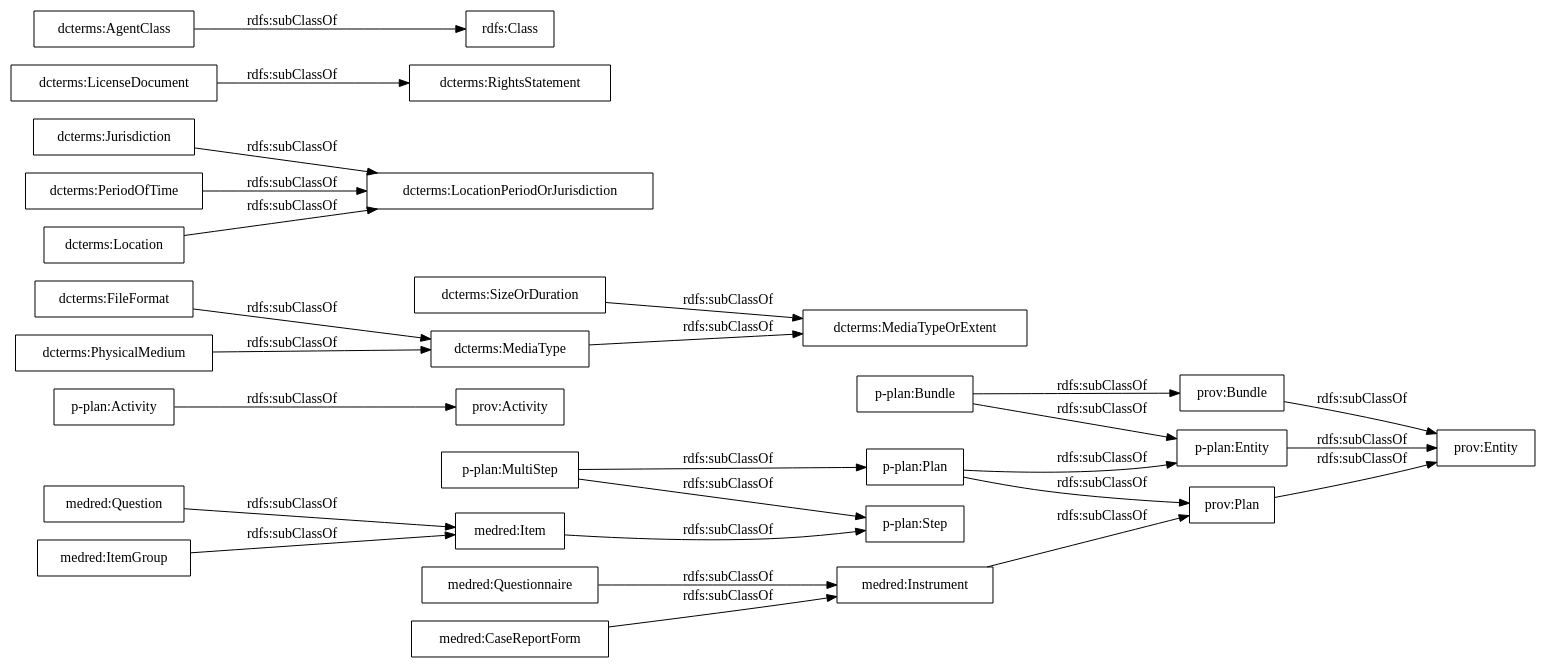
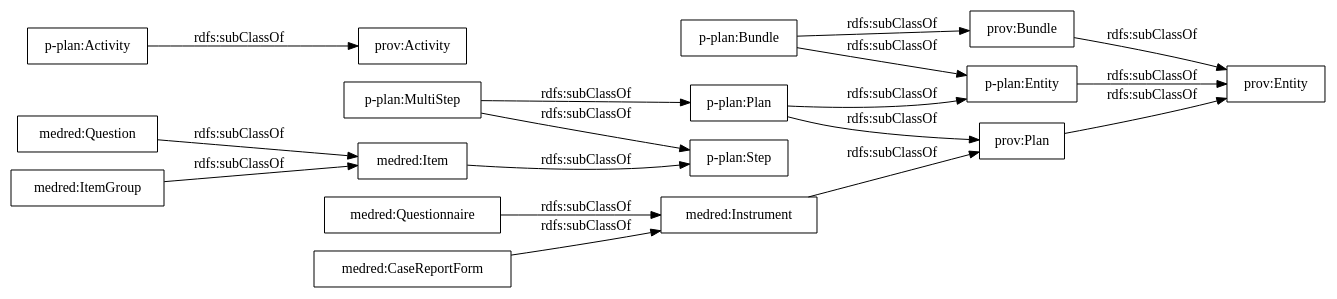
The diagram in OnToology/ontology/medred.owl/diagrams/ar2dtool-taxonomy/medred.owl.png.dot (OnToologyUser/medred), drawn with Graphviz before and after one commit. The commit also changed 8 other files, not shown here.

```diff
--- a/OnToology/ontology/medred.owl/diagrams/ar2dtool-taxonomy/medred.owl.png.dot
+++ b/OnToology/ontology/medred.owl/diagrams/ar2dtool-taxonomy/medred.owl.png.dot
@@ -1,31 +1,22 @@
 digraph ar2dtool_diagram { 
 rankdir=LR;
 size="1000"
 node [shape = rectangle, color="black"]; "medred:Questionnaire" "medred:Question" "medred:ItemGroup" "medred:Item" "medred:Instrument" "medred:CaseReportForm" "p-plan:MultiStep" "p-plan:Activity" "p-plan:Step" "p-plan:Entity" "p-plan:Bundle" "prov:Bundle" "prov:Entity" "p-plan:Plan" "prov:Plan" "prov:Activity" ; /*classes style*/
+	"medred:Questionnaire" -> "medred:Instrument" [ label = "rdfs:subClassOf" ];
+	"medred:Question" -> "medred:Item" [ label = "rdfs:subClassOf" ];
+	"medred:Item" -> "p-plan:Step" [ label = "rdfs:subClassOf" ];
+	"medred:ItemGroup" -> "medred:Item" [ label = "rdfs:subClassOf" ];
+	"p-plan:Entity" -> "prov:Entity" [ label = "rdfs:subClassOf" ];
 	"p-plan:Activity" -> "prov:Activity" [ label = "rdfs:subClassOf" ];
-	"p-plan:Entity" -> "prov:Entity" [ label = "rdfs:subClassOf" ];
-	"dcterms:SizeOrDuration" -> "dcterms:MediaTypeOrExtent" [ label = "rdfs:subClassOf" ];
-	"dcterms:Jurisdiction" -> "dcterms:LocationPeriodOrJurisdiction" [ label = "rdfs:subClassOf" ];
+	"medred:CaseReportForm" -> "medred:Instrument" [ label = "rdfs:subClassOf" ];
+	"prov:Bundle" -> "prov:Entity" [ label = "rdfs:subClassOf" ];
 	"prov:Plan" -> "prov:Entity" [ label = "rdfs:subClassOf" ];
-	"dcterms:PeriodOfTime" -> "dcterms:LocationPeriodOrJurisdiction" [ label = "rdfs:subClassOf" ];
-	"medred:CaseReportForm" -> "medred:Instrument" [ label = "rdfs:subClassOf" ];
-	"dcterms:FileFormat" -> "dcterms:MediaType" [ label = "rdfs:subClassOf" ];
-	"prov:Bundle" -> "prov:Entity" [ label = "rdfs:subClassOf" ];
-	"medred:ItemGroup" -> "medred:Item" [ label = "rdfs:subClassOf" ];
-	"dcterms:MediaType" -> "dcterms:MediaTypeOrExtent" [ label = "rdfs:subClassOf" ];
-	"dcterms:LicenseDocument" -> "dcterms:RightsStatement" [ label = "rdfs:subClassOf" ];
+	"p-plan:Plan" -> "prov:Plan" [ label = "rdfs:subClassOf" ];
+	"p-plan:Plan" -> "p-plan:Entity" [ label = "rdfs:subClassOf" ];
+	"medred:Instrument" -> "prov:Plan" [ label = "rdfs:subClassOf" ];
 	"p-plan:Bundle" -> "prov:Bundle" [ label = "rdfs:subClassOf" ];
 	"p-plan:Bundle" -> "p-plan:Entity" [ label = "rdfs:subClassOf" ];
-	"p-plan:Plan" -> "prov:Plan" [ label = "rdfs:subClassOf" ];
-	"p-plan:Plan" -> "p-plan:Entity" [ label = "rdfs:subClassOf" ];
 	"p-plan:MultiStep" -> "p-plan:Step" [ label = "rdfs:subClassOf" ];
 	"p-plan:MultiStep" -> "p-plan:Plan" [ label = "rdfs:subClassOf" ];
-	"dcterms:Location" -> "dcterms:LocationPeriodOrJurisdiction" [ label = "rdfs:subClassOf" ];
-	"dcterms:PhysicalMedium" -> "dcterms:MediaType" [ label = "rdfs:subClassOf" ];
-	"medred:Questionnaire" -> "medred:Instrument" [ label = "rdfs:subClassOf" ];
-	"medred:Item" -> "p-plan:Step" [ label = "rdfs:subClassOf" ];
-	"dcterms:AgentClass" -> "rdfs:Class" [ label = "rdfs:subClassOf" ];
-	"medred:Instrument" -> "prov:Plan" [ label = "rdfs:subClassOf" ];
-	"medred:Question" -> "medred:Item" [ label = "rdfs:subClassOf" ];
 
 }
```
